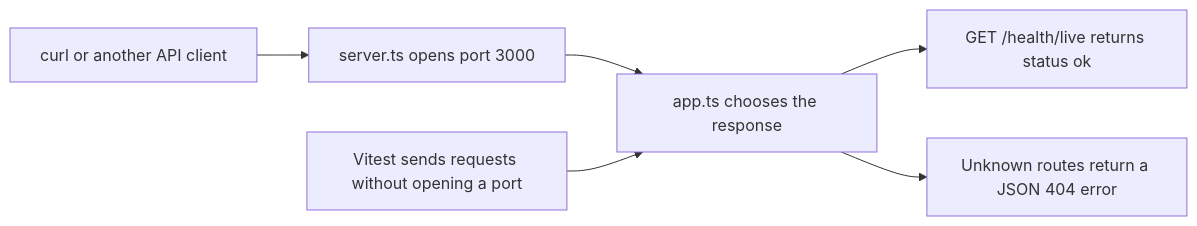
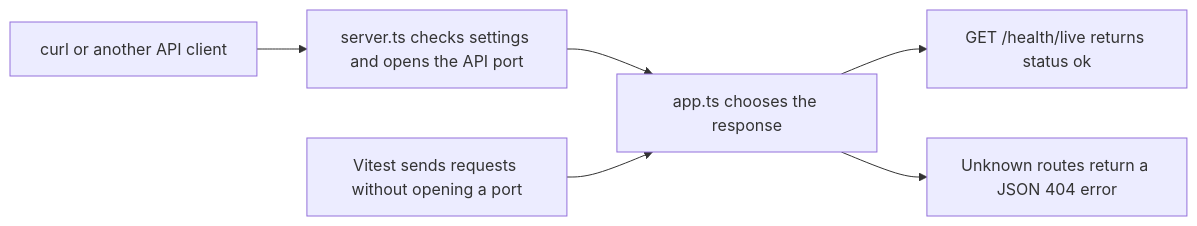
The second of 2 diagrams in README.md (jaminwebdev/hono-drizzle-api), drawn with Mermaid before and after one commit. The commit also changed other lines of this file and 12 other files, not shown here.

````diff
--- a/README.md
+++ b/README.md
@@ -49,8 +93,8 @@
 ```mermaid
 flowchart LR
-    Client["curl or another API client"] --> Server["server.ts opens port 3000"]
+    Client["curl or another API client"] --> Server["server.ts checks settings and opens the API port"]
     Server --> App["app.ts chooses the response"]
     Tests["Vitest sends requests without opening a port"] --> App
     App --> Health["GET /health/live returns status ok"]
     App --> Missing["Unknown routes return a JSON 404 error"]
 ```
````
